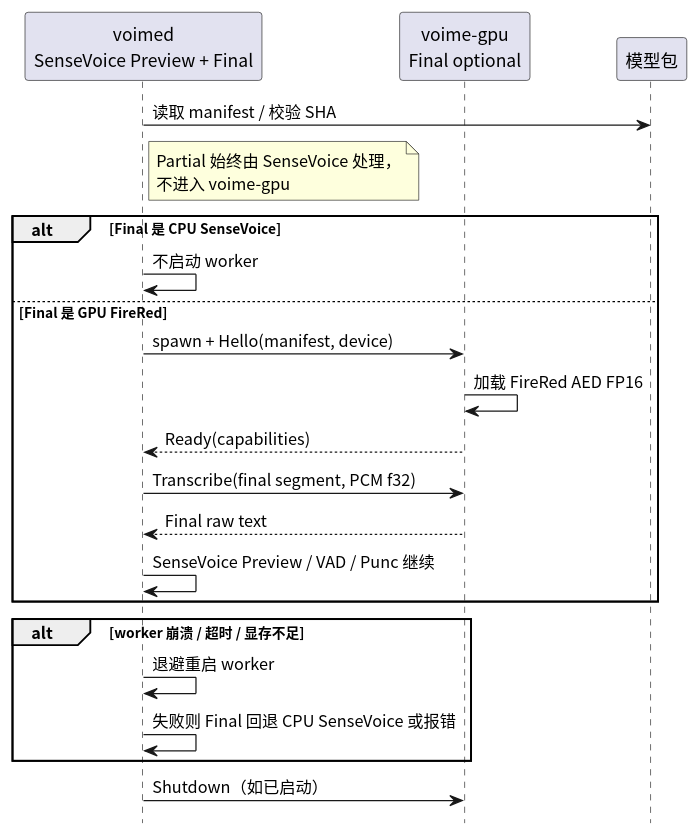
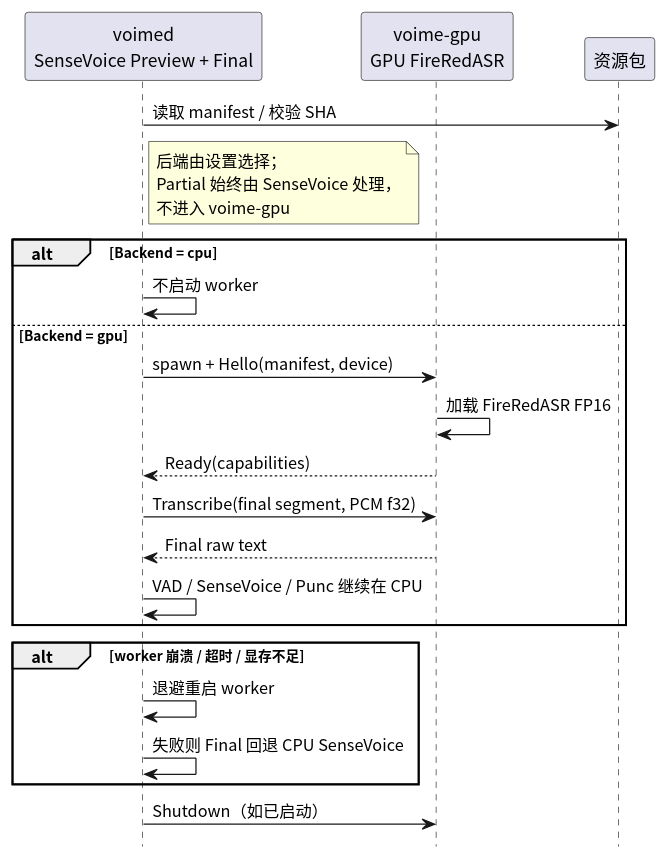
Before and after one commit to 54m43lJ/voime: the diagram in diagram/gpu-worker.puml, drawn with PlantUML. The commit also changed 127 other files, not shown here.

```diff
--- a/diagram/gpu-worker.puml
+++ b/diagram/gpu-worker.puml
@@ -1,30 +1,31 @@
 @startuml
 skinparam defaultFontName "Noto Sans CJK SC"
 skinparam shadowing false
 hide footbox
 
 participant "voimed\nSenseVoice Preview + Final" as Daemon
-participant "voime-gpu\nFinal optional" as Worker
-participant "模型包" as Package
+participant "voime-gpu\nGPU FireRedASR" as Worker
+participant "资源包" as Package
 
 Daemon -> Package : 读取 manifest / 校验 SHA
 note right of Daemon
+  后端由设置选择；
   Partial 始终由 SenseVoice 处理，
   不进入 voime-gpu
 end note
-alt Final 是 CPU SenseVoice
+alt Backend = cpu
   Daemon -> Daemon : 不启动 worker
-else Final 是 GPU FireRed
+else Backend = gpu
   Daemon -> Worker : spawn + Hello(manifest, device)
-  Worker -> Worker : 加载 FireRed AED FP16
+  Worker -> Worker : 加载 FireRedASR FP16
   Worker --> Daemon : Ready(capabilities)
   Daemon -> Worker : Transcribe(final segment, PCM f32)
   Worker --> Daemon : Final raw text
-  Daemon -> Daemon : SenseVoice Preview / VAD / Punc 继续
+  Daemon -> Daemon : VAD / SenseVoice / Punc 继续在 CPU
 end
 alt worker 崩溃 / 超时 / 显存不足
   Daemon -> Daemon : 退避重启 worker
-  Daemon -> Daemon : 失败则 Final 回退 CPU SenseVoice 或报错
+  Daemon -> Daemon : 失败则 Final 回退 CPU SenseVoice
 end
 Daemon -> Worker : Shutdown（如已启动）
 @enduml
```
